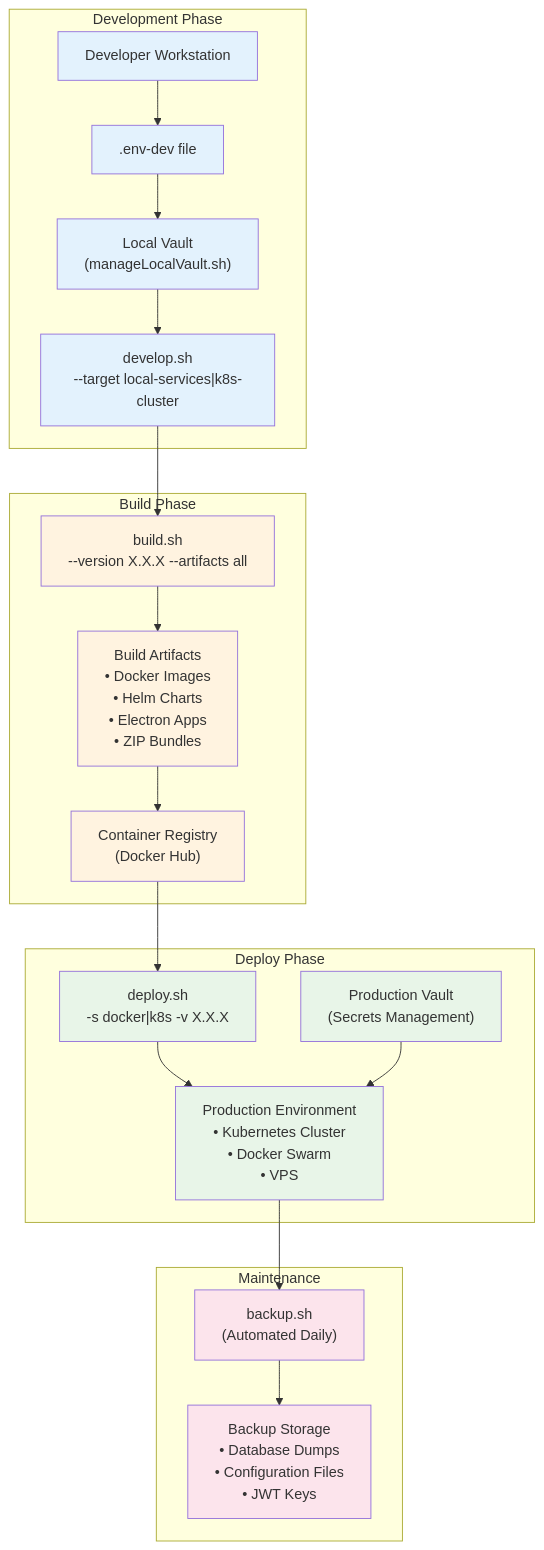
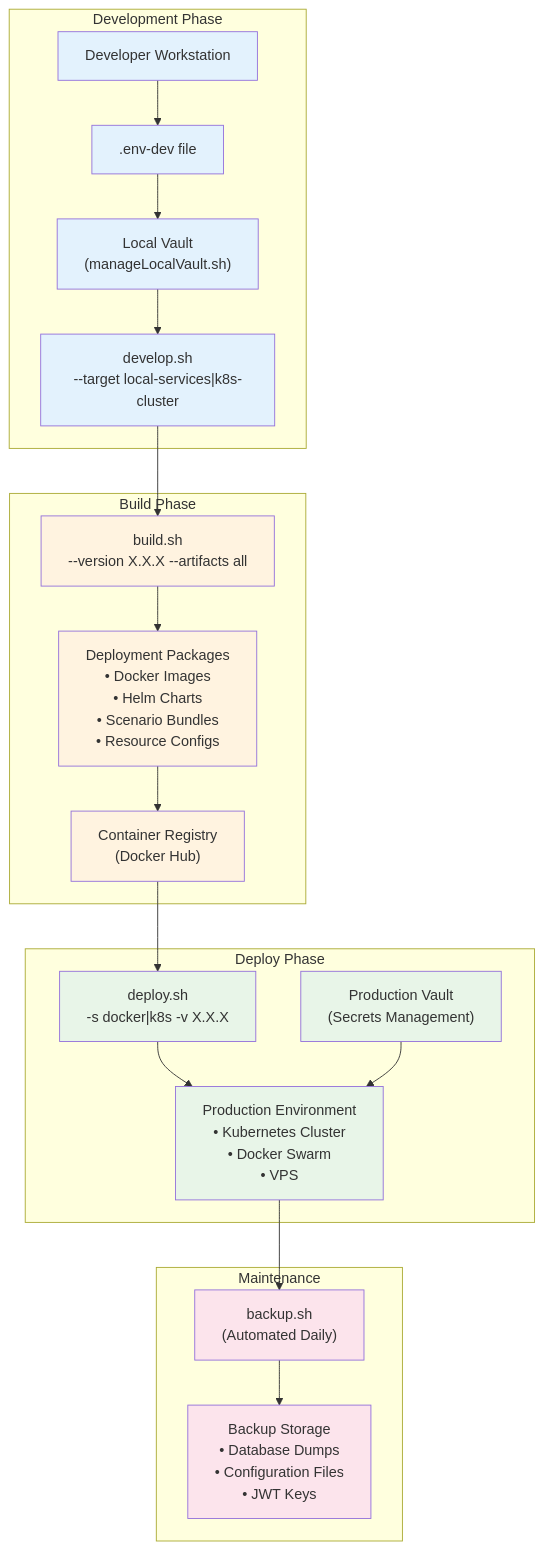
The first of 5 diagrams in docs/devops/README.md (Vrooli/Vrooli), drawn with Mermaid before and after one commit. The commit also changed other lines of this file and 99 other files, not shown here.

````diff
--- a/docs/devops/README.md
+++ b/docs/devops/README.md
@@ -167,50 +176,50 @@
 ```mermaid
 graph TD
     subgraph "Development Phase"
         Dev[Developer Workstation]
         DevEnv[".env-dev file"]
         LocalVault["Local Vault<br/>(manageLocalVault.sh)"]
         DevelopSh["develop.sh<br/>--target local-services|k8s-cluster"]
     end
 
     subgraph "Build Phase"
         BuildSh["build.sh<br/>--version X.X.X --artifacts all"]
-        BuildArtifacts["Build Artifacts<br/>• Docker Images<br/>• Helm Charts<br/>• Electron Apps<br/>• ZIP Bundles"]
+        BuildArtifacts["Deployment Packages<br/>• Docker Images<br/>• Helm Charts<br/>• Scenario Bundles<br/>• Resource Configs"]
         Registry["Container Registry<br/>(Docker Hub)"]
     end
 
     subgraph "Deploy Phase"
         DeploySh["deploy.sh<br/>-s docker|k8s -v X.X.X"]
         ProdEnv["Production Environment<br/>• Kubernetes Cluster<br/>• Docker Swarm<br/>• VPS"]
         ProdVault["Production Vault<br/>(Secrets Management)"]
     end
 
     subgraph "Maintenance"
         BackupSh["backup.sh<br/>(Automated Daily)"]
         BackupStorage["Backup Storage<br/>• Database Dumps<br/>• Configuration Files<br/>• JWT Keys"]
     end
 
     Dev --> DevEnv
     DevEnv --> LocalVault
     LocalVault --> DevelopSh
     DevelopSh --> BuildSh
     
     BuildSh --> BuildArtifacts
     BuildArtifacts --> Registry
     Registry --> DeploySh
     
     DeploySh --> ProdEnv
     ProdVault --> ProdEnv
     ProdEnv --> BackupSh
     BackupSh --> BackupStorage
 
     classDef dev fill:#e3f2fd
     classDef build fill:#fff3e0  
     classDef deploy fill:#e8f5e8
     classDef maintain fill:#fce4ec
 
     class Dev,DevEnv,LocalVault,DevelopSh dev
     class BuildSh,BuildArtifacts,Registry build
     class DeploySh,ProdEnv,ProdVault deploy
     class BackupSh,BackupStorage maintain
 ```
````
